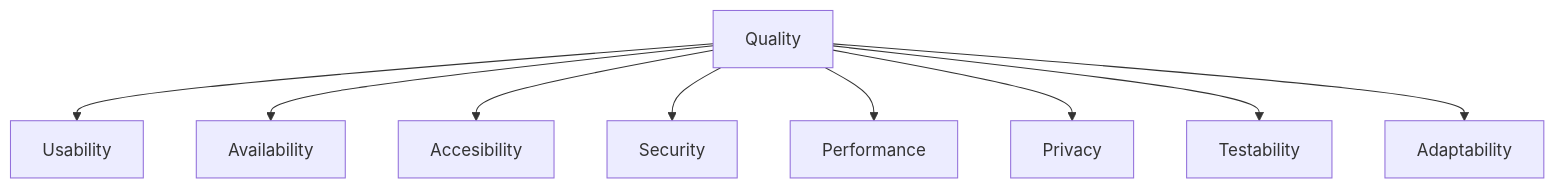
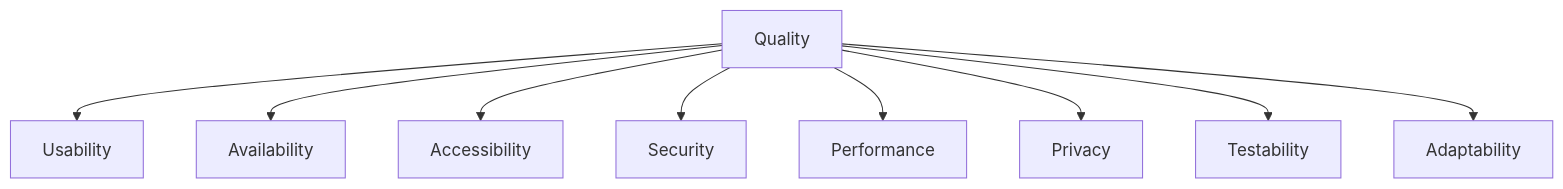
The diagram in docs/src/10_quality_requirements.adoc (Arquisoft/wiq_en3b), drawn with Mermaid before and after one commit. The commit also changed 8 other files, not shown here.

```diff
--- a/docs/src/10_quality_requirements.adoc
+++ b/docs/src/10_quality_requirements.adoc
@@ -49,12 +49,12 @@
 [mermaid]
 ....
 graph TD
     A[Quality] --> B[Usability]
     A --> C[Availability]
-    A --> D[Accesibility]
+    A --> D[Accessibility]
     A --> E[Security]
     A --> F[Performance]
     A --> H[Privacy]
     A --> I[Testability]
     A --> J[Adaptability]
 ....
```
